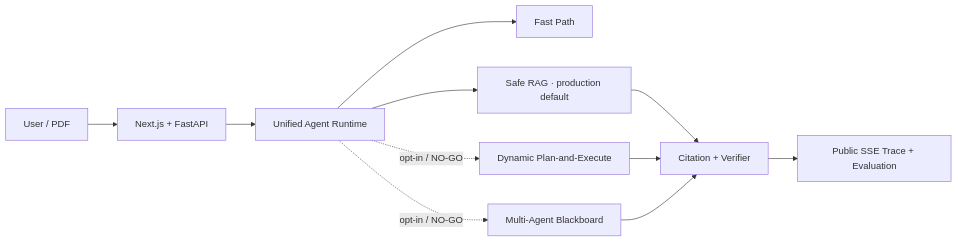
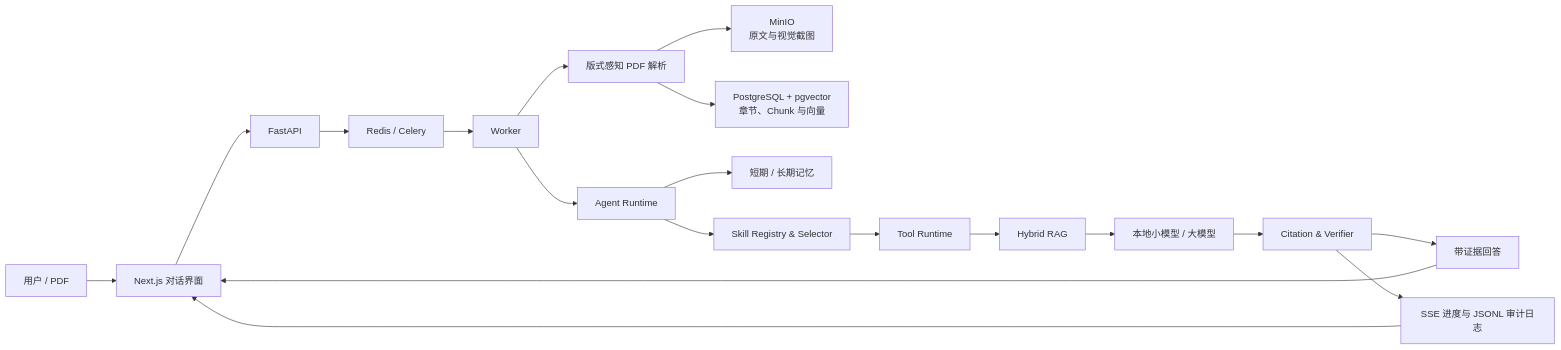
Before and after one commit to BennettBin/PaperAgentSystem: the diagram in README.md, drawn with Mermaid. The commit also changed other lines of this file and 1 other file, not shown here.

````diff
--- a/README.md
+++ b/README.md
@@ -7,13 +39,24 @@
 ```mermaid
 flowchart LR
-    U["User / PDF"] --> W["Next.js + FastAPI"]
-    W --> R["Unified Agent Runtime"]
-    R --> F["Fast Path"]
-    R --> S["Safe RAG · production default"]
-    R -. "opt-in / NO-GO" .-> P["Dynamic Plan-and-Execute"]
-    R -. "opt-in / NO-GO" .-> M["Multi-Agent Blackboard"]
-    S --> V["Citation + Verifier"]
-    P --> V
-    M --> V
-    V --> T["Public SSE Trace + Evaluation"]
+    U["用户 / PDF"] --> WEB["Next.js 对话界面"]
+    WEB --> API["FastAPI"]
+    API --> Q["Redis / Celery"]
+    Q --> W["Worker"]
+
+    W --> PARSE["版式感知 PDF 解析"]
+    PARSE --> OBJ["MinIO<br/>原文与视觉截图"]
+    PARSE --> INDEX["PostgreSQL + pgvector<br/>章节、Chunk 与向量"]
+
+    W --> AGENT["Agent Runtime"]
+    AGENT --> MEMORY["短期 / 长期记忆"]
+    AGENT --> SKILL["Skill Registry & Selector"]
+    SKILL --> TOOL["Tool Runtime"]
+    TOOL --> RAG["Hybrid RAG"]
+    RAG --> LLM["本地小模型 / 大模型"]
+    LLM --> VERIFY["Citation & Verifier"]
+
+    VERIFY --> ANSWER["带证据回答"]
+    VERIFY --> TRACE["SSE 进度与 JSONL 审计日志"]
+    ANSWER --> WEB
+    TRACE --> WEB
 ```
````
